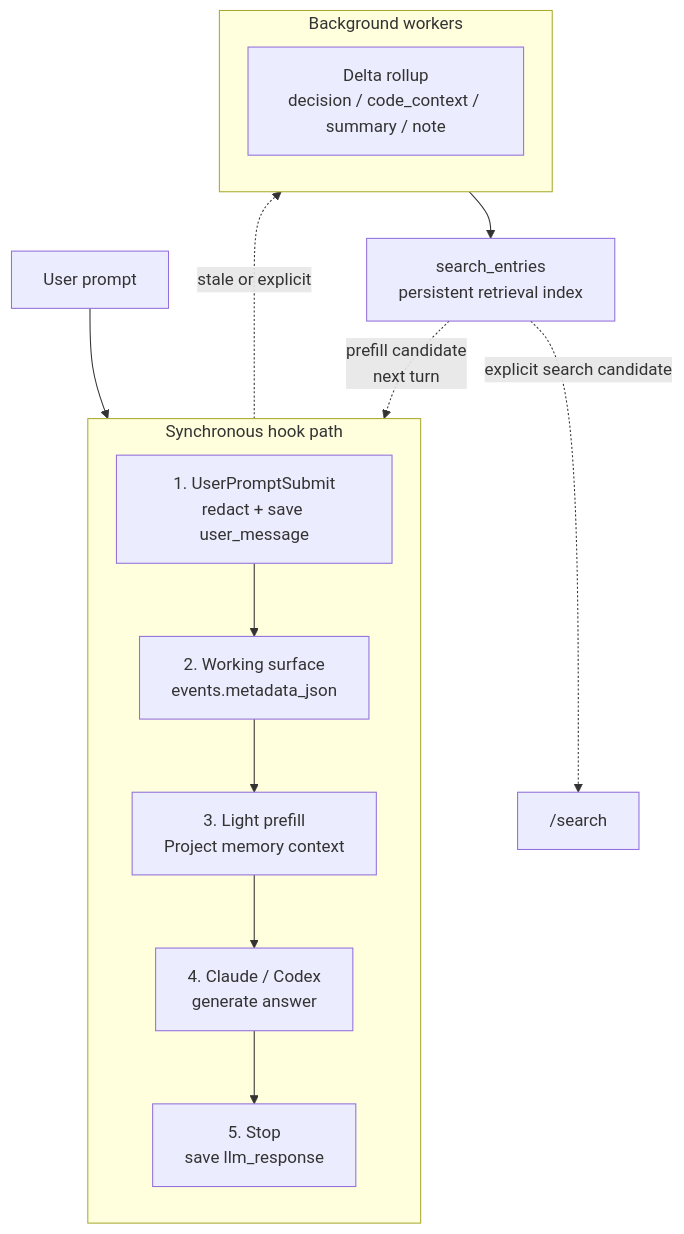
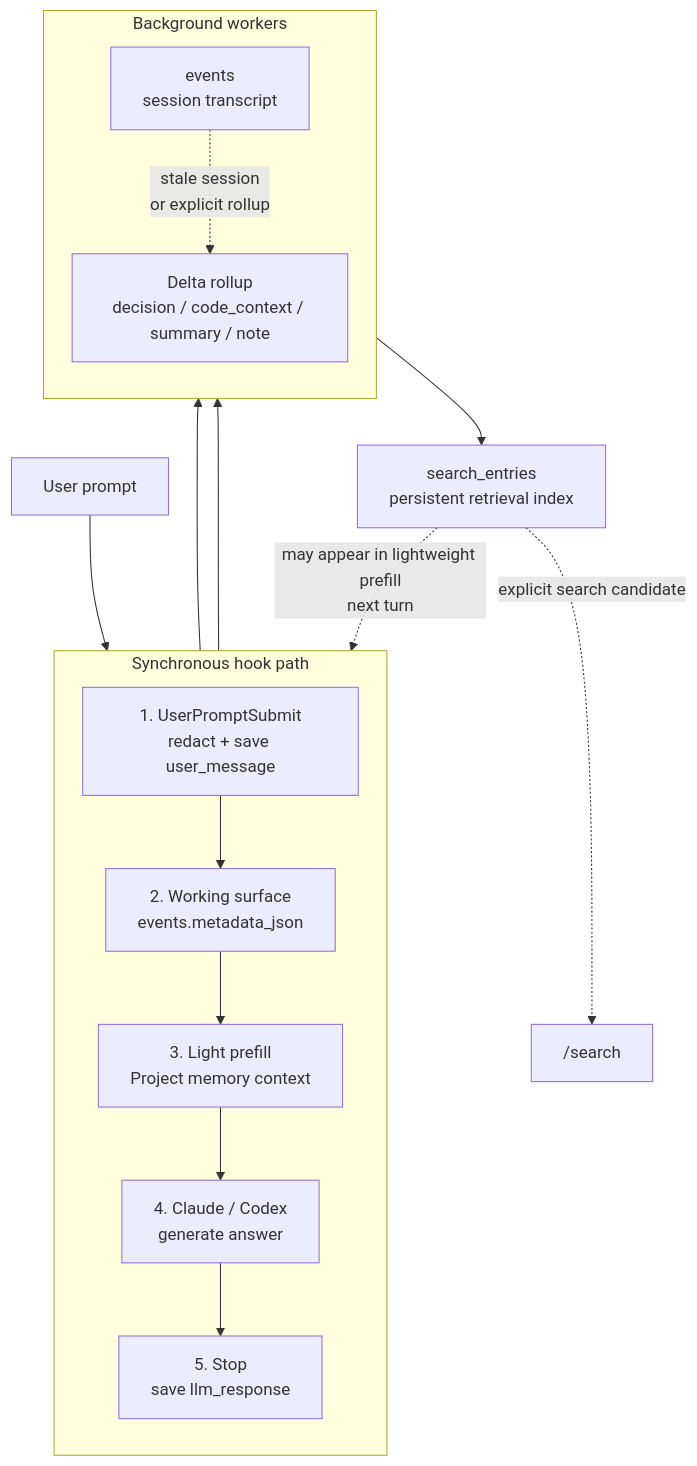
The first of 3 diagrams in Document/flow.md (taeuk178/MultiAgentCLI), drawn with Mermaid before and after one commit. The commit also changed other lines of this file and 13 other files, not shown here.

````diff
--- a/Document/flow.md
+++ b/Document/flow.md
@@ -38,27 +38,30 @@
 ```mermaid
 %%{init: {'flowchart': {'useMaxWidth': true, 'rankSpacing': 44, 'nodeSpacing': 34}, 'theme': 'default'}}%%
 flowchart TB
     U["User prompt"]
 
     subgraph SYNC["Synchronous hook path"]
       direction TB
       UPS["1. UserPromptSubmit<br/>redact + save user_message"]
       SURF["2. Working surface<br/>events.metadata_json"]
       PREFILL["3. Light prefill<br/>Project memory context"]
       MODEL["4. Claude / Codex<br/>generate answer"]
       STOP["5. Stop<br/>save llm_response"]
     end
 
     subgraph ASYNC["Background workers"]
       direction TB
+      EV["events<br/>session transcript"]
       ROLL["Delta rollup<br/>decision / code_context / summary / note"]
     end
 
     SEARCH_ENTRIES["search_entries<br/>persistent retrieval index"]
 
     U --> UPS --> SURF --> PREFILL --> MODEL --> STOP
-    SURF -.stale or explicit.-> ROLL
+    UPS --> EV
+    STOP --> EV
+    EV -.stale session<br/>or explicit rollup.-> ROLL
     ROLL --> SEARCH_ENTRIES
-    SEARCH_ENTRIES -.prefill candidate<br/>next turn.-> PREFILL
+    SEARCH_ENTRIES -.may appear in lightweight prefill<br/>next turn.-> PREFILL
     SEARCH_ENTRIES -.explicit search candidate.-> SEARCH["/search"]
 ```
````
